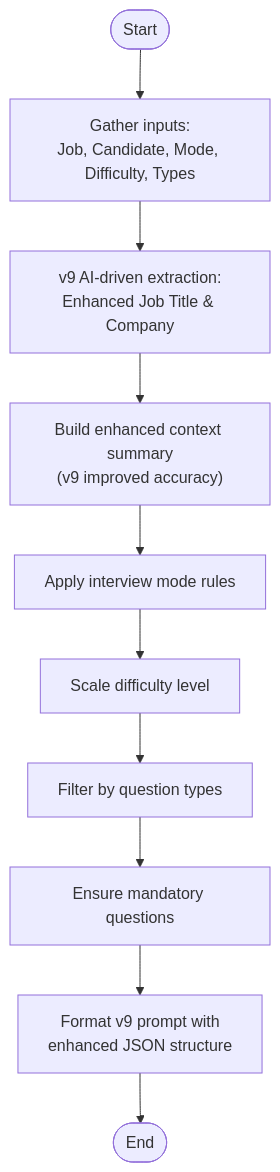
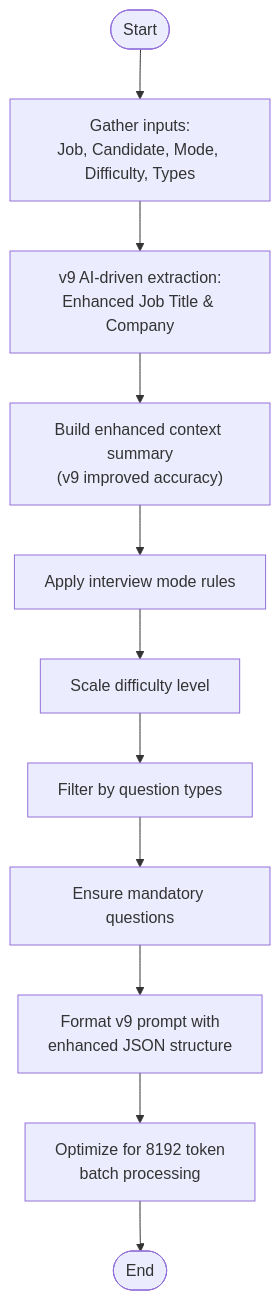
One commit to zmyeo54/briefroom changed the fourth of 7 diagrams in .qoder/repowiki/en/content/Core Features/Interview Question Generator/Interview Question Generator.md. Above: the diagram before and after it, drawn with Mermaid. The commit also changed other lines of this file and 13 other files, not shown here.

````diff
--- a/.qoder/repowiki/en/content/Core Features/Interview Question Generator/Interview Question Generator.md
+++ b/.qoder/repowiki/en/content/Core Features/Interview Question Generator/Interview Question Generator.md
@@ -257,12 +283,13 @@
 ```mermaid
 flowchart TD
 Start(["Start"]) --> Gather["Gather inputs:<br/>Job, Candidate, Mode, Difficulty, Types"]
 Gather --> Extract["v9 AI-driven extraction:<br/>Enhanced Job Title & Company"]
 Extract --> BuildContext["Build enhanced context summary<br/>(v9 improved accuracy)"]
 BuildContext --> ApplyMode["Apply interview mode rules"]
 ApplyMode --> ScaleDifficulty["Scale difficulty level"]
 ScaleDifficulty --> FilterTypes["Filter by question types"]
 FilterTypes --> EnsureMandatory["Ensure mandatory questions"]
 EnsureMandatory --> FormatV9["Format v9 prompt with<br/>enhanced JSON structure"]
-FormatV9 --> End(["End"])
+FormatV9 --> OptimizeBatch["Optimize for 8192 token<br/>batch processing"]
+OptimizeBatch --> End(["End"])
 ```
````
